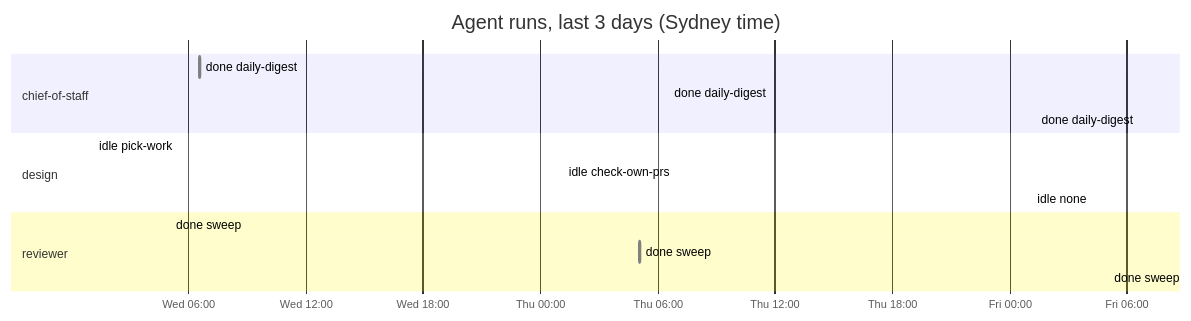
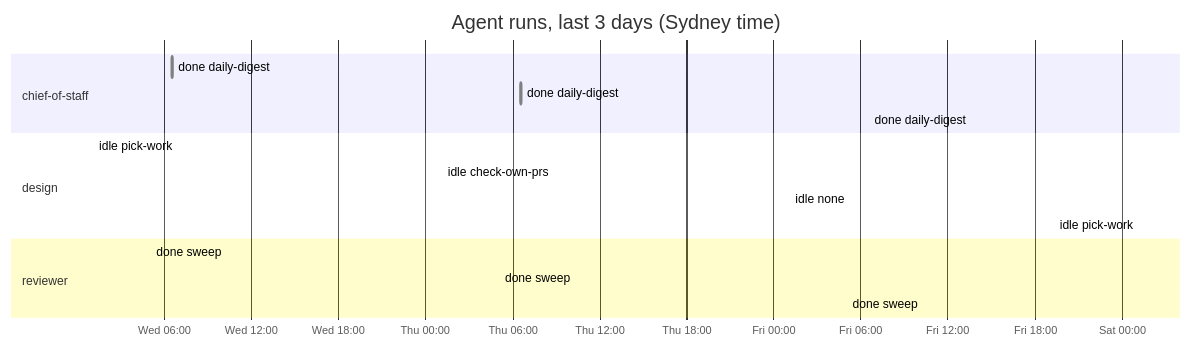
Before and after one commit to roulmediateam-byte/fifteen-expert-hq: the diagram in dashboard.md, drawn with Mermaid. The commit also changed other lines of this file and 1 other file, not shown here.

````diff
--- a/dashboard.md
+++ b/dashboard.md
@@ -55,18 +55,19 @@
 ```mermaid
 gantt
     title Agent runs, last 3 days (Sydney time)
     dateFormat YYYY-MM-DD HH:mm
     axisFormat %a %H:%M
     section chief-of-staff
     done daily-digest :done, 2026-11-25 06:34, 2026-11-25 06:35
     done daily-digest :done, 2026-11-26 06:35, 2026-11-26 06:36
     done daily-digest :done, 2026-11-27 06:35, 2026-11-27 06:36
     section design
     idle pick-work :done, 2026-11-25 01:09, 2026-11-25 01:09
     idle check-own-prs :done, 2026-11-26 01:09, 2026-11-26 01:09
     idle none :done, 2026-11-27 01:08, 2026-11-27 01:09
+    idle pick-work :done, 2026-11-28 01:09, 2026-11-28 01:09
     section reviewer
     done sweep :done, 2026-11-25 05:04, 2026-11-25 05:05
     done sweep :done, 2026-11-26 05:05, 2026-11-26 05:06
     done sweep :done, 2026-11-27 05:05, 2026-11-27 05:06
 ```
````
